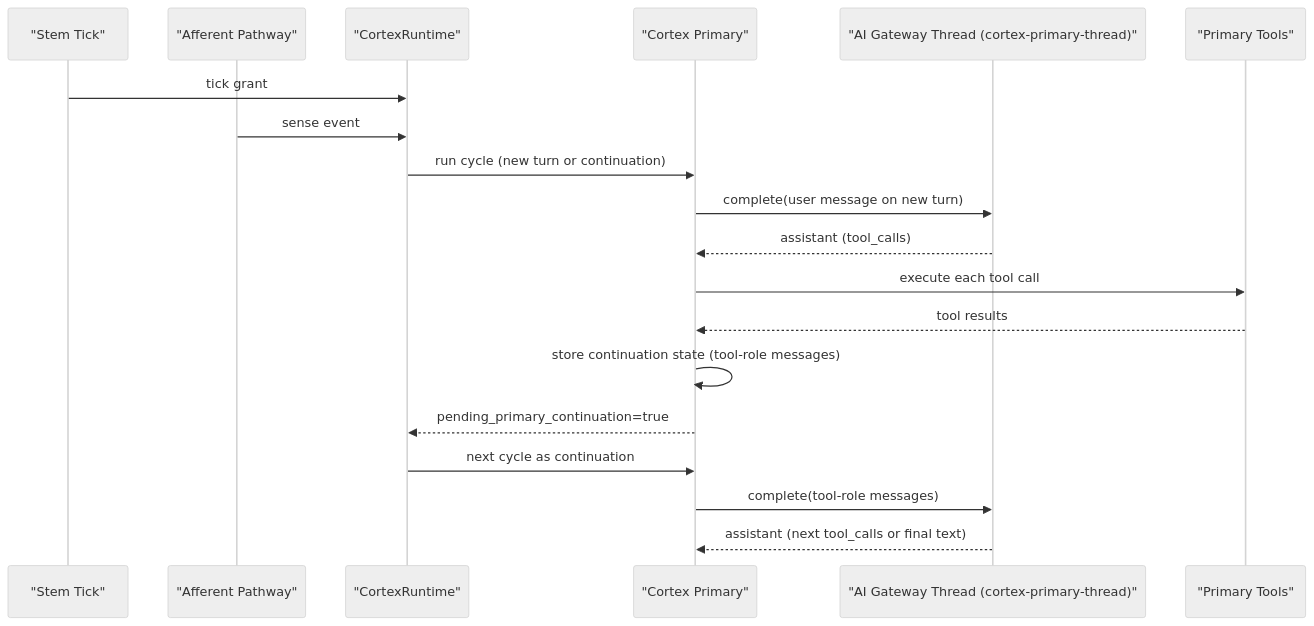
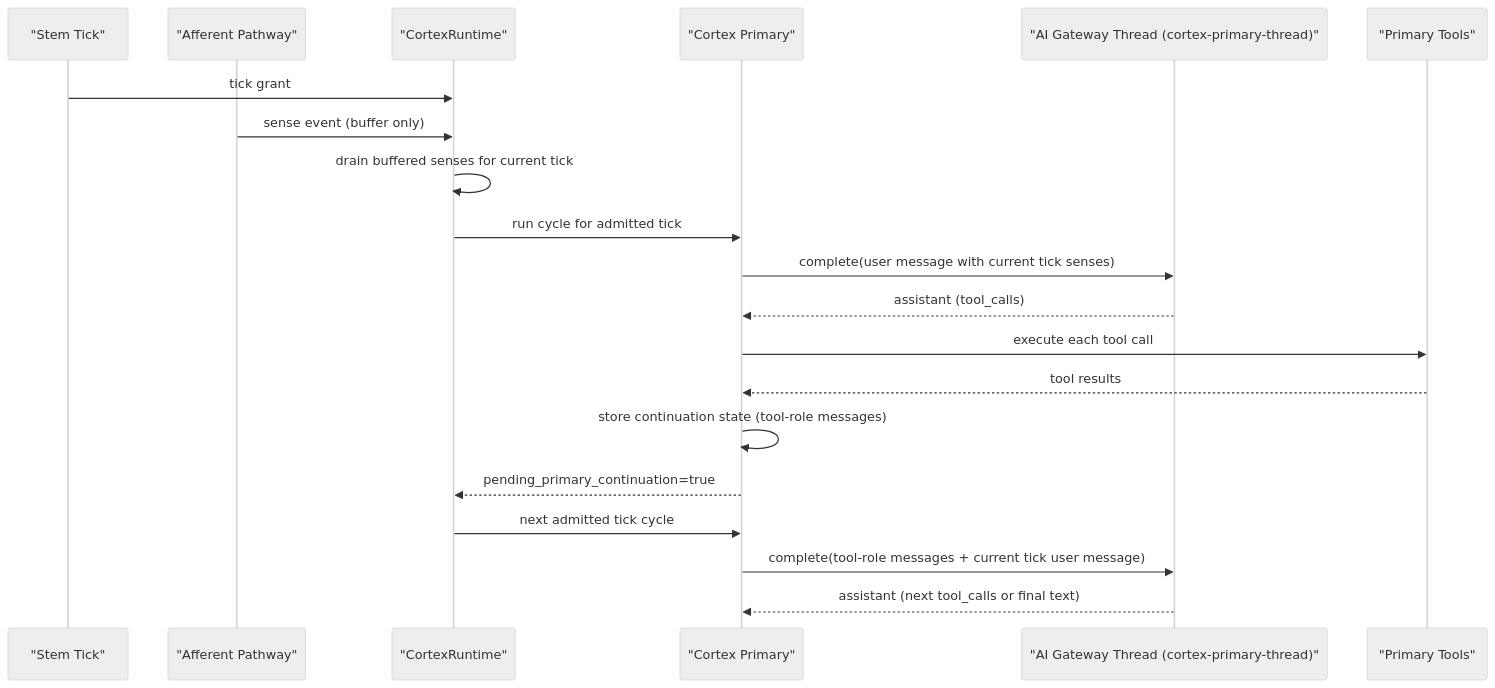
The first of 2 diagrams in docs/modules/cortex/SEQUENCE.md (xiaoland/Beluna), drawn with Mermaid (neutral theme) before and after one commit. The commit also changed other lines of this file and 43 other files, not shown here.

````diff
--- a/docs/modules/cortex/SEQUENCE.md
+++ b/docs/modules/cortex/SEQUENCE.md
@@ -11,25 +11,26 @@
 ```mermaid
 sequenceDiagram
     participant Tick as "Stem Tick"
     participant Afferent as "Afferent Pathway"
     participant Runtime as "CortexRuntime"
     participant Primary as "Cortex Primary"
     participant Thread as "AI Gateway Thread (cortex-primary-thread)"
     participant Tools as "Primary Tools"
 
     Tick->>Runtime: tick grant
-    Afferent->>Runtime: sense event
-    Runtime->>Primary: run cycle (new turn or continuation)
+    Afferent->>Runtime: sense event (buffer only)
+    Runtime->>Runtime: drain buffered senses for current tick
+    Runtime->>Primary: run cycle for admitted tick
 
-    Primary->>Thread: complete(user message on new turn)
+    Primary->>Thread: complete(user message with current tick senses)
     Thread-->>Primary: assistant (tool_calls)
 
     Primary->>Tools: execute each tool call
     Tools-->>Primary: tool results
     Primary->>Primary: store continuation state (tool-role messages)
     Primary-->>Runtime: pending_primary_continuation=true
 
-    Runtime->>Primary: next cycle as continuation
-    Primary->>Thread: complete(tool-role messages)
+    Runtime->>Primary: next admitted tick cycle
+    Primary->>Thread: complete(tool-role messages + current tick user message)
     Thread-->>Primary: assistant (next tool_calls or final text)
 ```
````
